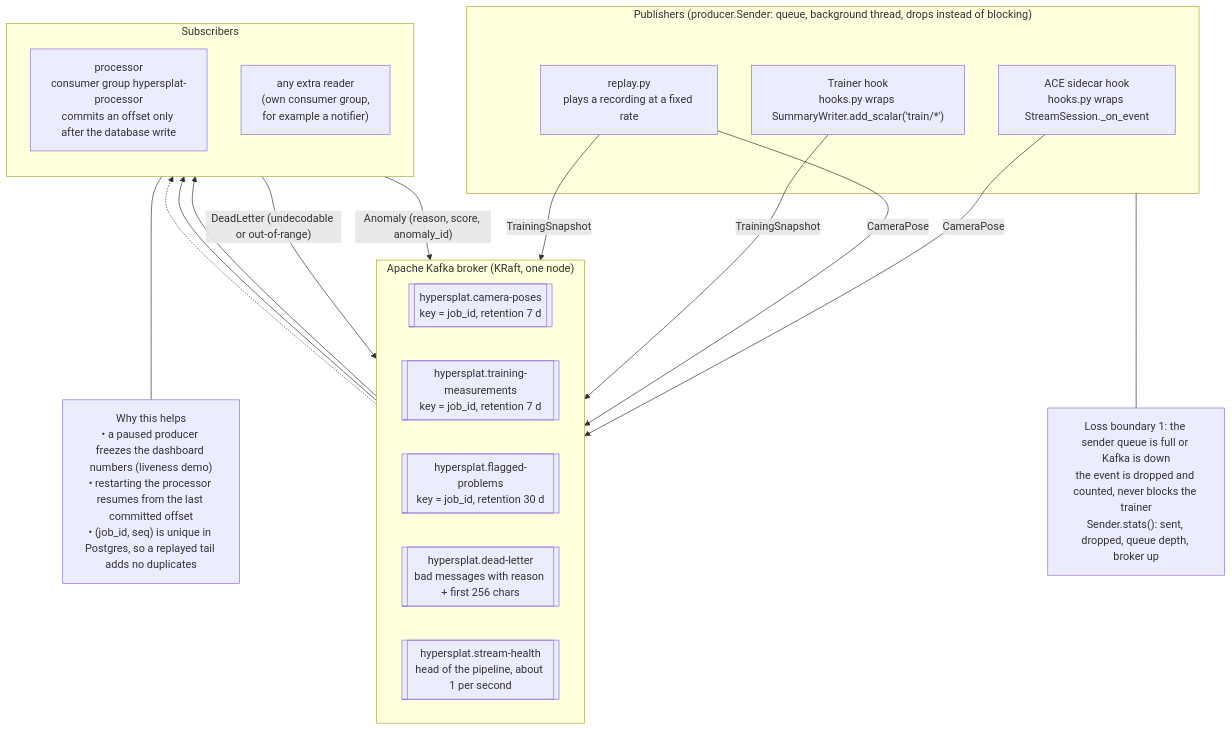
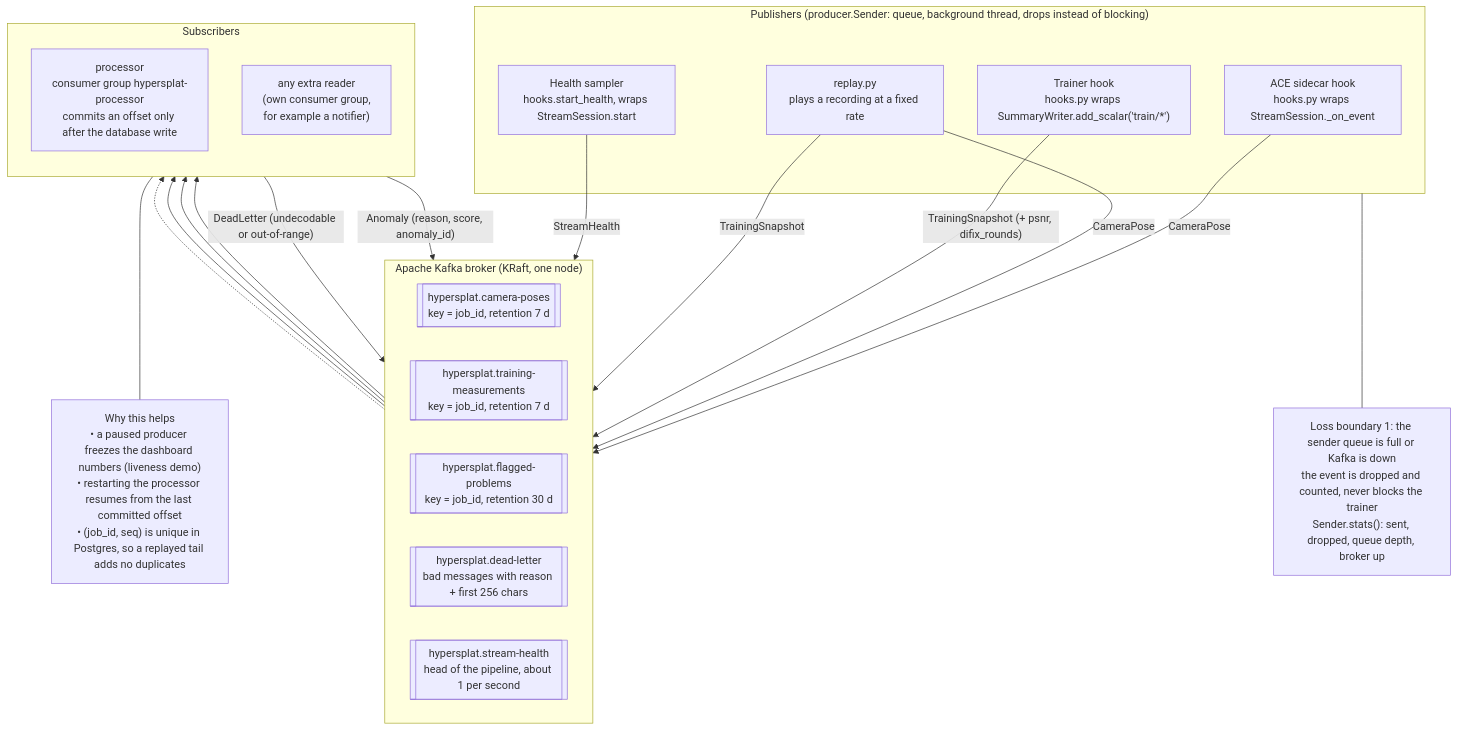
One commit to axls23/3D_world_genrator changed the second of 8 diagrams in hypersplat/streaming/docs/architecture-diagram.md. Above: the diagram before and after it, drawn with Mermaid. The commit also changed other lines of this file, not shown here.

Commit message:
Architecture diagram: update the existing mermaid for the health tap, PSNR and start-up; add diagrams for the two new systems

````diff
--- a/hypersplat/streaming/docs/architecture-diagram.md
+++ b/hypersplat/streaming/docs/architecture-diagram.md
@@ -75,38 +86,41 @@
 ```mermaid
 flowchart TB
     subgraph PUB["Publishers (producer.Sender: queue, background thread, drops instead of blocking)"]
         P1["ACE sidecar hook<br/>hooks.py wraps StreamSession._on_event"]
         P2["Trainer hook<br/>hooks.py wraps SummaryWriter.add_scalar('train/*')"]
         P3["replay.py<br/>plays a recording at a fixed rate"]
+        P4["Health sampler<br/>hooks.start_health, wraps StreamSession.start"]
     end
     LOSS["Loss boundary 1: the sender queue is full or Kafka is down<br/>the event is dropped and counted, never blocks the trainer<br/>Sender.stats(): sent, dropped, queue depth, broker up"]
     PUB --- LOSS
 
     subgraph K["Apache Kafka broker (KRaft, one node)"]
         direction LR
         A[["hypersplat.camera-poses<br/>key = job_id, retention 7 d"]]
         B[["hypersplat.training-measurements<br/>key = job_id, retention 7 d"]]
         C[["hypersplat.flagged-problems<br/>key = job_id, retention 30 d"]]
         D[["hypersplat.dead-letter<br/>bad messages with reason + first 256 chars"]]
         E[["hypersplat.stream-health<br/>head of the pipeline, about 1 per second"]]
     end
 
     subgraph SUB["Subscribers"]
         direction TB
         S1["processor<br/>consumer group hypersplat-processor<br/>commits an offset only after the database write"]
         S2["any extra reader<br/>(own consumer group,<br/>for example a notifier)"]
     end
 
     P1 -- "CameraPose" --> A
     P3 -- "CameraPose" --> A
-    P2 -- "TrainingSnapshot" --> B
+    P2 -- "TrainingSnapshot (+ psnr, difix_rounds)" --> B
     P3 -- "TrainingSnapshot" --> B
+    P4 -- "StreamHealth" --> E
     A --> S1
     B --> S1
+    E --> S1
     S1 -- "Anomaly (reason, score, anomaly_id)" --> C
     S1 -- "DeadLetter (undecodable or out-of-range)" --> D
     C -.-> S2
 
     N1["Why this helps<br/>• a paused producer freezes the dashboard numbers (liveness demo)<br/>• restarting the processor resumes from the last committed offset<br/>• (job_id, seq) is unique in Postgres, so a replayed tail adds no duplicates"]
     S1 --- N1
 ```
````
